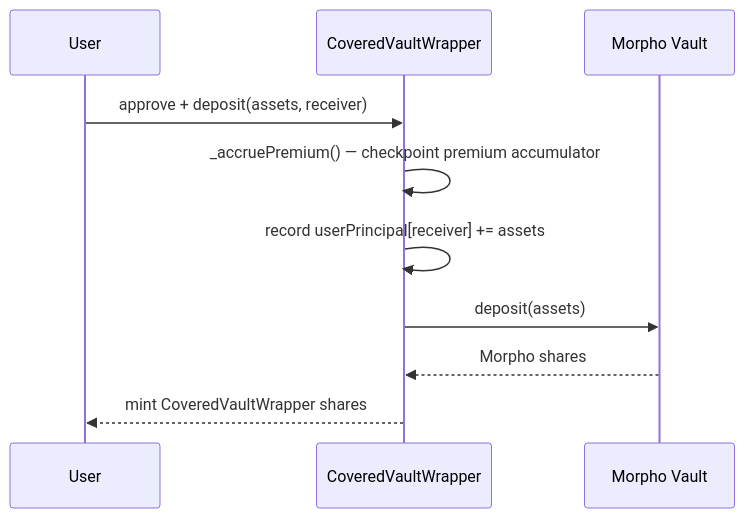
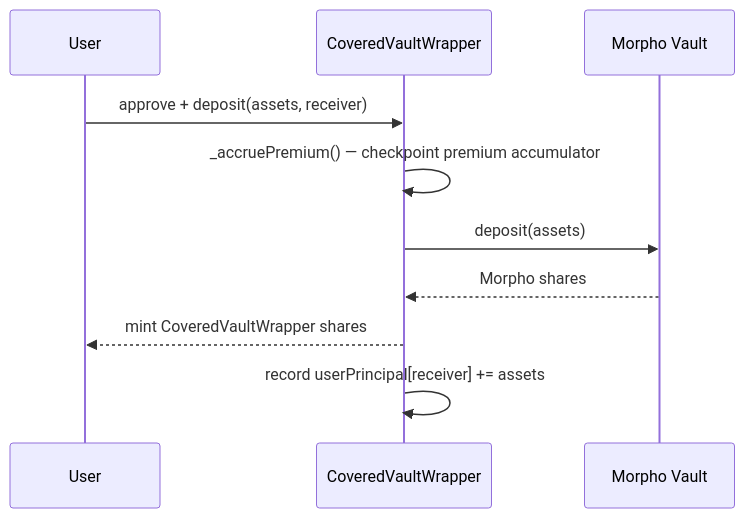
Before and after one commit to 0xcatalysis/coverage: the first of 5 diagrams in docs/architecture/06-premiums-claims.md, drawn with Mermaid. The commit also changed other lines of this file and 16 other files, not shown here.

````diff
--- a/docs/architecture/06-premiums-claims.md
+++ b/docs/architecture/06-premiums-claims.md
@@ -27,13 +27,13 @@
 ```mermaid
 sequenceDiagram
     participant User
     participant CVW as CoveredVaultWrapper
     participant MV as Morpho Vault
 
     User->>CVW: approve + deposit(assets, receiver)
     CVW->>CVW: _accruePremium() — checkpoint premium accumulator
-    CVW->>CVW: record userPrincipal[receiver] += assets
     CVW->>MV: deposit(assets)
     MV-->>CVW: Morpho shares
     CVW-->>User: mint CoveredVaultWrapper shares
+    CVW->>CVW: record userPrincipal[receiver] += assets
 ```
````
